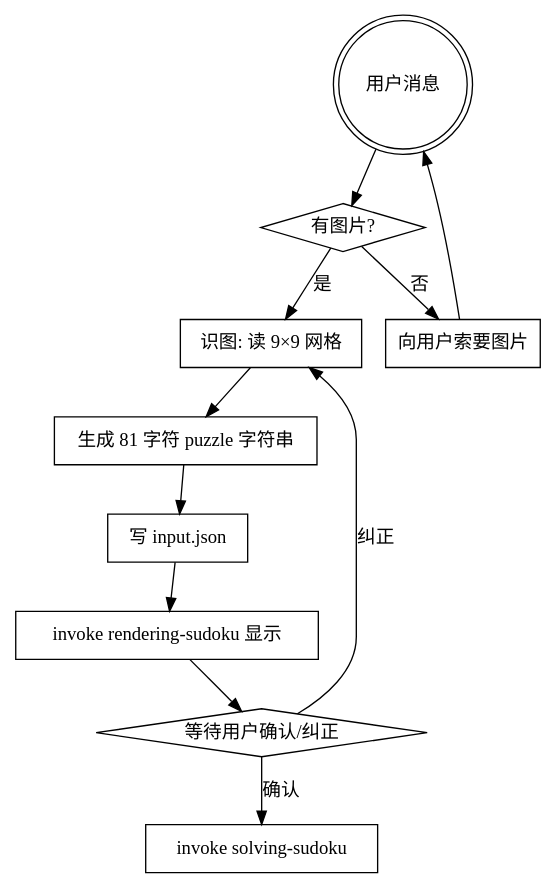
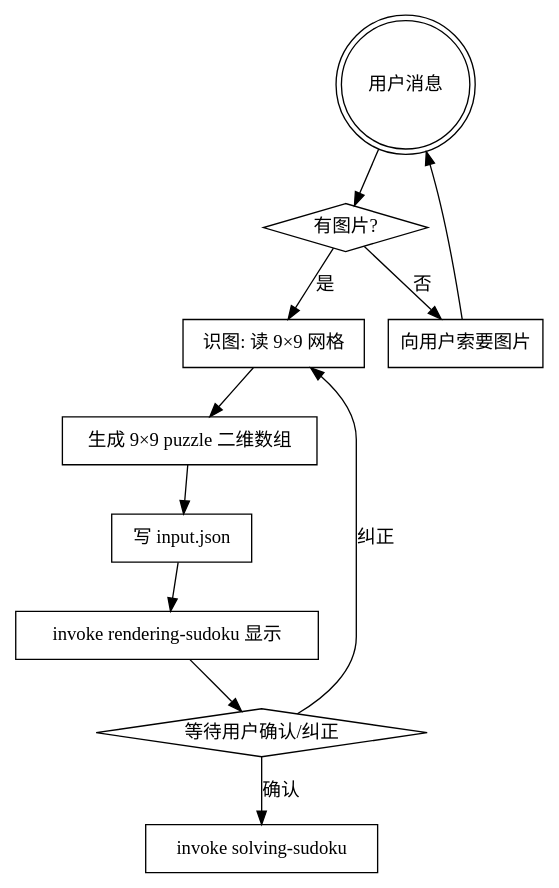
One commit to HakurouKen/puzzle-solver changed the diagram in packages/sudoku/skills/decoding-sudoku/SKILL.md. Above: the diagram before and after it, drawn with Graphviz. The commit also changed other lines of this file and 1 other file, not shown here.

````diff
--- a/packages/sudoku/skills/decoding-sudoku/SKILL.md
+++ b/packages/sudoku/skills/decoding-sudoku/SKILL.md
@@ -12,22 +12,22 @@
 ```dot
 digraph flow {
     "用户消息" [shape=doublecircle];
     "有图片?" [shape=diamond];
     "向用户索要图片" [shape=box];
     "识图: 读 9×9 网格" [shape=box];
-    "生成 81 字符 puzzle 字符串" [shape=box];
+    "生成 9×9 puzzle 二维数组" [shape=box];
     "写 input.json" [shape=box];
     "invoke rendering-sudoku 显示" [shape=box];
     "等待用户确认/纠正" [shape=diamond];
     "invoke solving-sudoku" [shape=box];
     "用户消息" -> "有图片?";
     "有图片?" -> "识图: 读 9×9 网格" [label="是"];
     "有图片?" -> "向用户索要图片" [label="否"];
     "向用户索要图片" -> "用户消息";
-    "识图: 读 9×9 网格" -> "生成 81 字符 puzzle 字符串"
+    "识图: 读 9×9 网格" -> "生成 9×9 puzzle 二维数组"
         -> "写 input.json" -> "invoke rendering-sudoku 显示"
         -> "等待用户确认/纠正";
     "等待用户确认/纠正" -> "invoke solving-sudoku" [label="确认"];
     "等待用户确认/纠正" -> "识图: 读 9×9 网格" [label="纠正"];
 }
 ```
````
